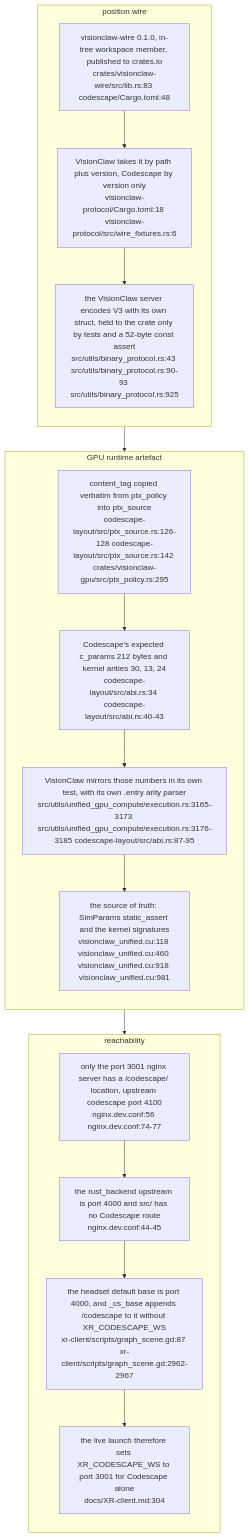
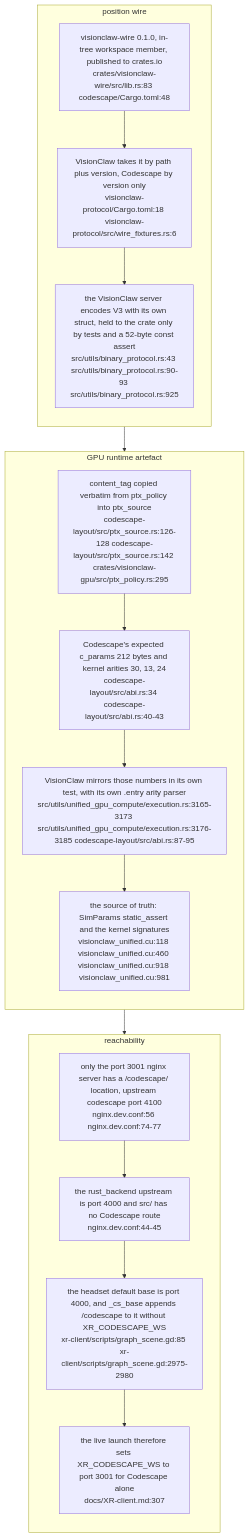
The eighth of 8 diagrams in docs/diagrams/visionclaw/39-codescape.md (DreamLab-AI/VisionFlow), drawn with Mermaid before and after one commit. The commit also changed other lines of this file and 24 other files, not shown here.

Commit message:
docs: align XR liveness, filtering and rendering diagrams (#33)

````diff
--- a/docs/diagrams/visionclaw/39-codescape.md
+++ b/docs/diagrams/visionclaw/39-codescape.md
@@ -405,27 +405,27 @@
 ```mermaid
 flowchart TB
     subgraph WIREG["position wire"]
         direction TB
         W1["visionclaw-wire 0.1.0, in-tree workspace member, published to crates.io<br/>crates/visionclaw-wire/src/lib.rs:83 codescape/Cargo.toml:48"]
         W2["VisionClaw takes it by path plus version, Codescape by version only<br/>visionclaw-protocol/Cargo.toml:18 visionclaw-protocol/src/wire_fixtures.rs:6"]
         W3["the VisionClaw server encodes V3 with its own struct, held to the crate only by tests and a 52-byte const assert<br/>src/utils/binary_protocol.rs:43 src/utils/binary_protocol.rs:90-93 src/utils/binary_protocol.rs:925"]
         W1 --> W2 --> W3
     end
     subgraph PTXG["GPU runtime artefact"]
         direction TB
         P1["content_tag copied verbatim from ptx_policy into ptx_source<br/>codescape-layout/src/ptx_source.rs:126-128 codescape-layout/src/ptx_source.rs:142 crates/visionclaw-gpu/src/ptx_policy.rs:295"]
         P2["Codescape's expected c_params 212 bytes and kernel arities 30, 13, 24<br/>codescape-layout/src/abi.rs:34 codescape-layout/src/abi.rs:40-43"]
         P3["VisionClaw mirrors those numbers in its own test, with its own .entry arity parser<br/>src/utils/unified_gpu_compute/execution.rs:3165-3173 src/utils/unified_gpu_compute/execution.rs:3176-3185 codescape-layout/src/abi.rs:87-95"]
         P4["the source of truth: SimParams static_assert and the kernel signatures<br/>visionclaw_unified.cu:118 visionclaw_unified.cu:460 visionclaw_unified.cu:918 visionclaw_unified.cu:981"]
         P1 --> P2 --> P3 --> P4
     end
     subgraph ROUTE["reachability"]
         direction TB
         R1["only the port 3001 nginx server has a /codescape/ location, upstream codescape port 4100<br/>nginx.dev.conf:56 nginx.dev.conf:74-77"]
         R2["the rust_backend upstream is port 4000 and src/ has no Codescape route<br/>nginx.dev.conf:44-45"]
-        R3["the headset default base is port 4000, and _cs_base appends /codescape to it without XR_CODESCAPE_WS<br/>xr-client/scripts/graph_scene.gd:87 xr-client/scripts/graph_scene.gd:2962-2967"]
-        R4["the live launch therefore sets XR_CODESCAPE_WS to port 3001 for Codescape alone<br/>docs/XR-client.md:304"]
+        R3["the headset default base is port 4000, and _cs_base appends /codescape to it without XR_CODESCAPE_WS<br/>xr-client/scripts/graph_scene.gd:85 xr-client/scripts/graph_scene.gd:2975-2980"]
+        R4["the live launch therefore sets XR_CODESCAPE_WS to port 3001 for Codescape alone<br/>docs/XR-client.md:307"]
         R1 --> R2 --> R3 --> R4
     end
     WIREG --> PTXG --> ROUTE
 ```
````
